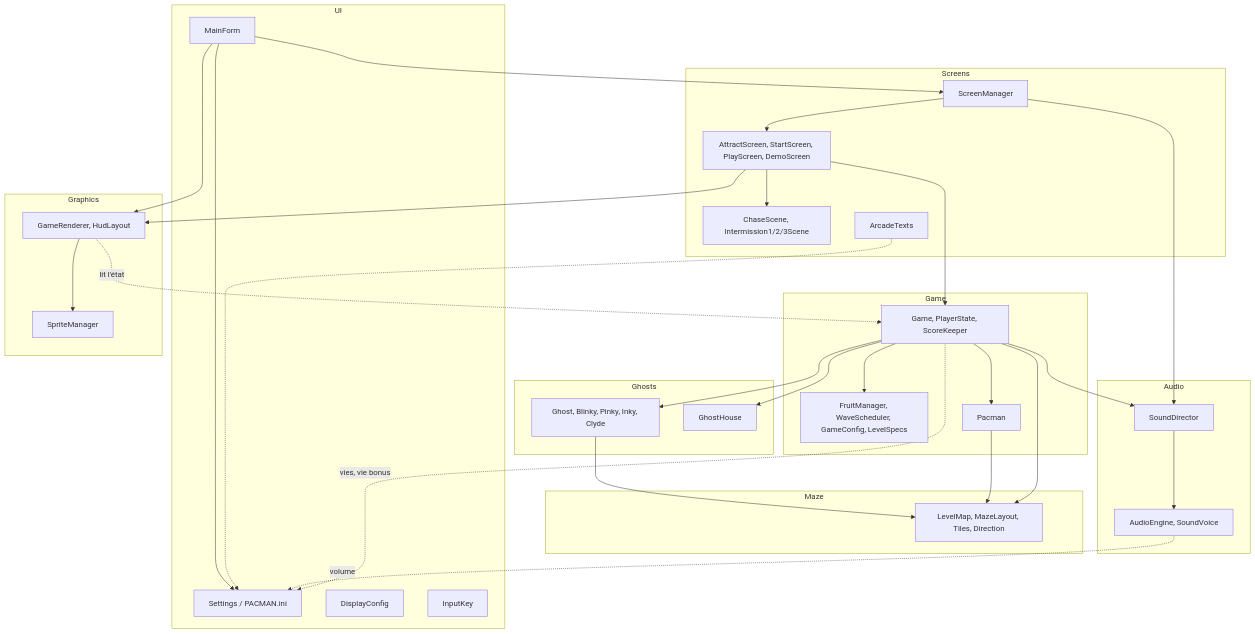
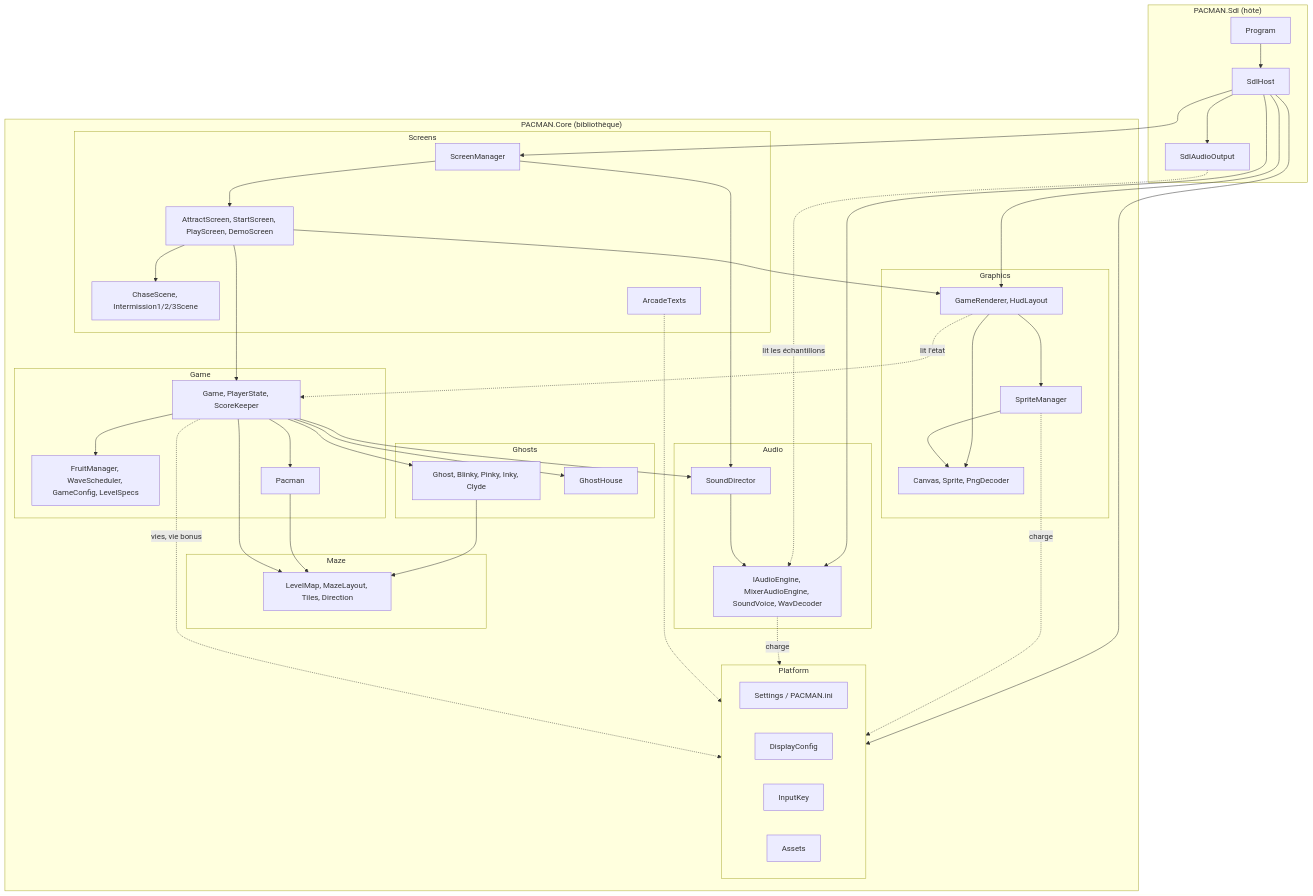
One commit to Telev78/pacman changed the first of 18 diagrams in docs/Pacman_UML_et_etats.md. Above: the diagram before and after it, drawn with Mermaid. The commit also changed other lines of this file and 36 other files, not shown here.

````diff
--- a/docs/Pacman_UML_et_etats.md
+++ b/docs/Pacman_UML_et_etats.md
@@ -9,58 +9,73 @@
 ```mermaid
 flowchart TB
-  subgraph UI["UI"]
-    MainForm["MainForm"]
-    Settings["Settings / PACMAN.ini"]
-    DisplayConfig["DisplayConfig"]
-    InputKey["InputKey"]
+  subgraph Sdl["PACMAN.Sdl (hôte)"]
+    Program["Program"]
+    SdlHost["SdlHost"]
+    SdlAudioOutput["SdlAudioOutput"]
   end
-  subgraph Screens["Screens"]
-    ScreenManager["ScreenManager"]
-    Ecrans["AttractScreen, StartScreen, PlayScreen, DemoScreen"]
-    Scenes["ChaseScene, Intermission1/2/3Scene"]
-    ArcadeTexts["ArcadeTexts"]
-  end
-  subgraph Game["Game"]
-    GameC["Game, PlayerState, ScoreKeeper"]
-    Regles["FruitManager, WaveScheduler, GameConfig, LevelSpecs"]
-    PacmanC["Pacman"]
-  end
-  subgraph Ghosts["Ghosts"]
-    GhostC["Ghost, Blinky, Pinky, Inky, Clyde"]
-    GhostHouse["GhostHouse"]
-  end
-  subgraph Maze["Maze"]
-    MazeC["LevelMap, MazeLayout, Tiles, Direction"]
-  end
-  subgraph Graphics["Graphics"]
-    GameRenderer["GameRenderer, HudLayout"]
-    SpriteManager["SpriteManager"]
-  end
-  subgraph Audio["Audio"]
-    SoundDirector["SoundDirector"]
-    AudioEngine["AudioEngine, SoundVoice"]
+  subgraph Core["PACMAN.Core (bibliothèque)"]
+    subgraph Platform["Platform"]
+      Settings["Settings / PACMAN.ini"]
+      DisplayConfig["DisplayConfig"]
+      InputKey["InputKey"]
+      Assets["Assets"]
+    end
+    subgraph Screens["Screens"]
+      ScreenManager["ScreenManager"]
+      Ecrans["AttractScreen, StartScreen, PlayScreen, DemoScreen"]
+      Scenes["ChaseScene, Intermission1/2/3Scene"]
+      ArcadeTexts["ArcadeTexts"]
+    end
+    subgraph Game["Game"]
+      GameC["Game, PlayerState, ScoreKeeper"]
+      Regles["FruitManager, WaveScheduler, GameConfig, LevelSpecs"]
+      PacmanC["Pacman"]
+    end
+    subgraph Ghosts["Ghosts"]
+      GhostC["Ghost, Blinky, Pinky, Inky, Clyde"]
+      GhostHouse["GhostHouse"]
+    end
+    subgraph Maze["Maze"]
+      MazeC["LevelMap, MazeLayout, Tiles, Direction"]
+    end
+    subgraph Graphics["Graphics"]
+      GameRenderer["GameRenderer, HudLayout"]
+      SpriteManager["SpriteManager"]
+      Pixels["Canvas, Sprite, PngDecoder"]
+    end
+    subgraph Audio["Audio"]
+      SoundDirector["SoundDirector"]
+      AudioEngine["IAudioEngine, MixerAudioEngine, SoundVoice, WavDecoder"]
+    end
   end
 
-  MainForm --> ScreenManager
-  MainForm --> GameRenderer
-  MainForm --> Settings
+  Program --> SdlHost
+  SdlHost --> ScreenManager
+  SdlHost --> GameRenderer
+  SdlHost --> AudioEngine
+  SdlHost --> SdlAudioOutput
+  SdlHost --> Platform
+  SdlAudioOutput -.->|lit les échantillons| AudioEngine
   ScreenManager --> Ecrans
   Ecrans --> Scenes
   Ecrans --> GameC
   Ecrans --> GameRenderer
   ScreenManager --> SoundDirector
   GameC --> Regles
   GameC --> PacmanC
   GameC --> GhostC
   GameC --> GhostHouse
   GameC --> SoundDirector
   GhostC --> MazeC
   PacmanC --> MazeC
   GameC --> MazeC
   GameRenderer --> SpriteManager
+  GameRenderer --> Pixels
+  SpriteManager --> Pixels
   GameRenderer -.->|lit l'état| GameC
   SoundDirector --> AudioEngine
-  ArcadeTexts -.-> Settings
-  AudioEngine -.->|volume| Settings
-  GameC -.->|vies, vie bonus| Settings
+  SpriteManager -.->|charge| Platform
+  AudioEngine -.->|charge| Platform
+  ArcadeTexts -.-> Platform
+  GameC -.->|vies, vie bonus| Platform
 ```
````
